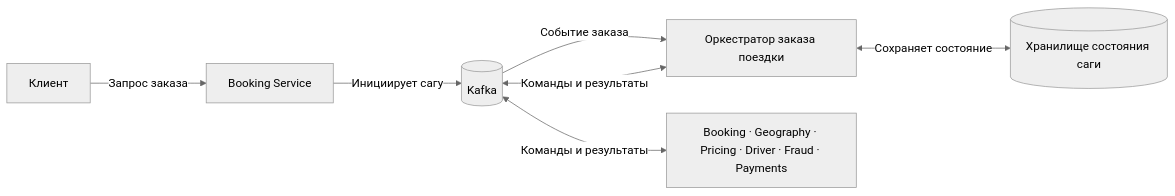
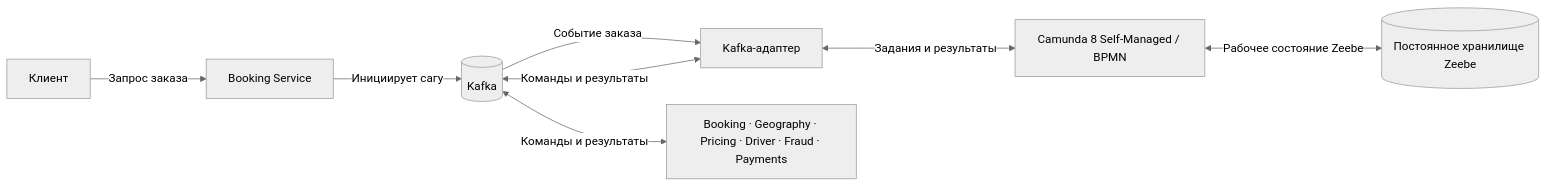
Before and after one commit to skorogod/MSA-GoFuture: the second of 2 diagrams in tasks/task_2/booking-saga/ADR/ADR-orchestrator-placement.md, drawn with Mermaid (neutral theme). The commit also changed other lines of this file and 6 other files, not shown here.

Commit message:
feat: add Camunda 8 orchestrator

````diff
--- a/tasks/task_2/booking-saga/ADR/ADR-orchestrator-placement.md
+++ b/tasks/task_2/booking-saga/ADR/ADR-orchestrator-placement.md
@@ -47,9 +48,10 @@
 ```mermaid
 flowchart LR
     Client[Клиент] -->|Запрос заказа| Booking[Booking Service]
     Booking -->|Инициирует сагу| Kafka[(Kafka)]
-    Kafka -->|Событие заказа| Orchestrator[Оркестратор заказа поездки]
-    Orchestrator <-->|Сохраняет состояние| State[(Хранилище состояния саги)]
-    Orchestrator <-->|Команды и результаты| Kafka
+    Kafka -->|Событие заказа| Adapter[Kafka-адаптер]
+    Adapter <-->|Задания и результаты| Orchestrator[Camunda 8 Self-Managed / BPMN]
+    Orchestrator <-->|Рабочее состояние Zeebe| State[(Постоянное хранилище Zeebe)]
+    Adapter <-->|Команды и результаты| Kafka
     Kafka <-->|Команды и результаты| Services[Booking · Geography · Pricing · Driver · Fraud · Payments]
 ```
````
